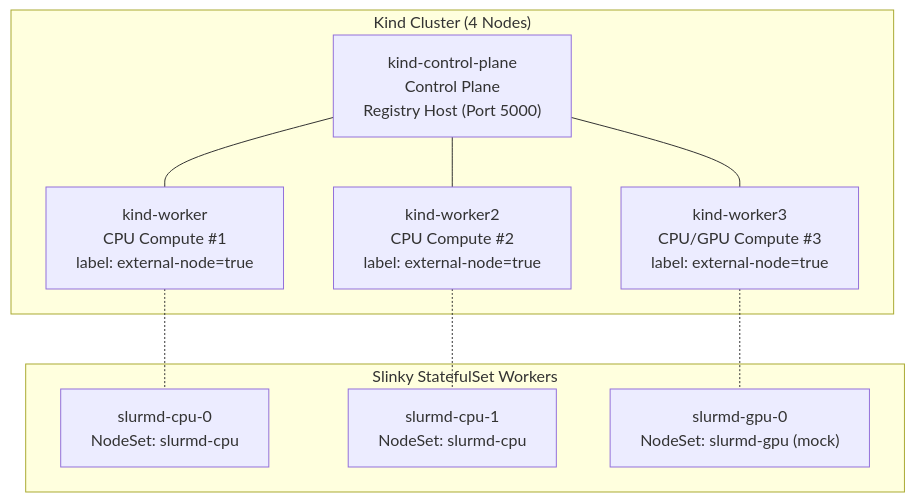
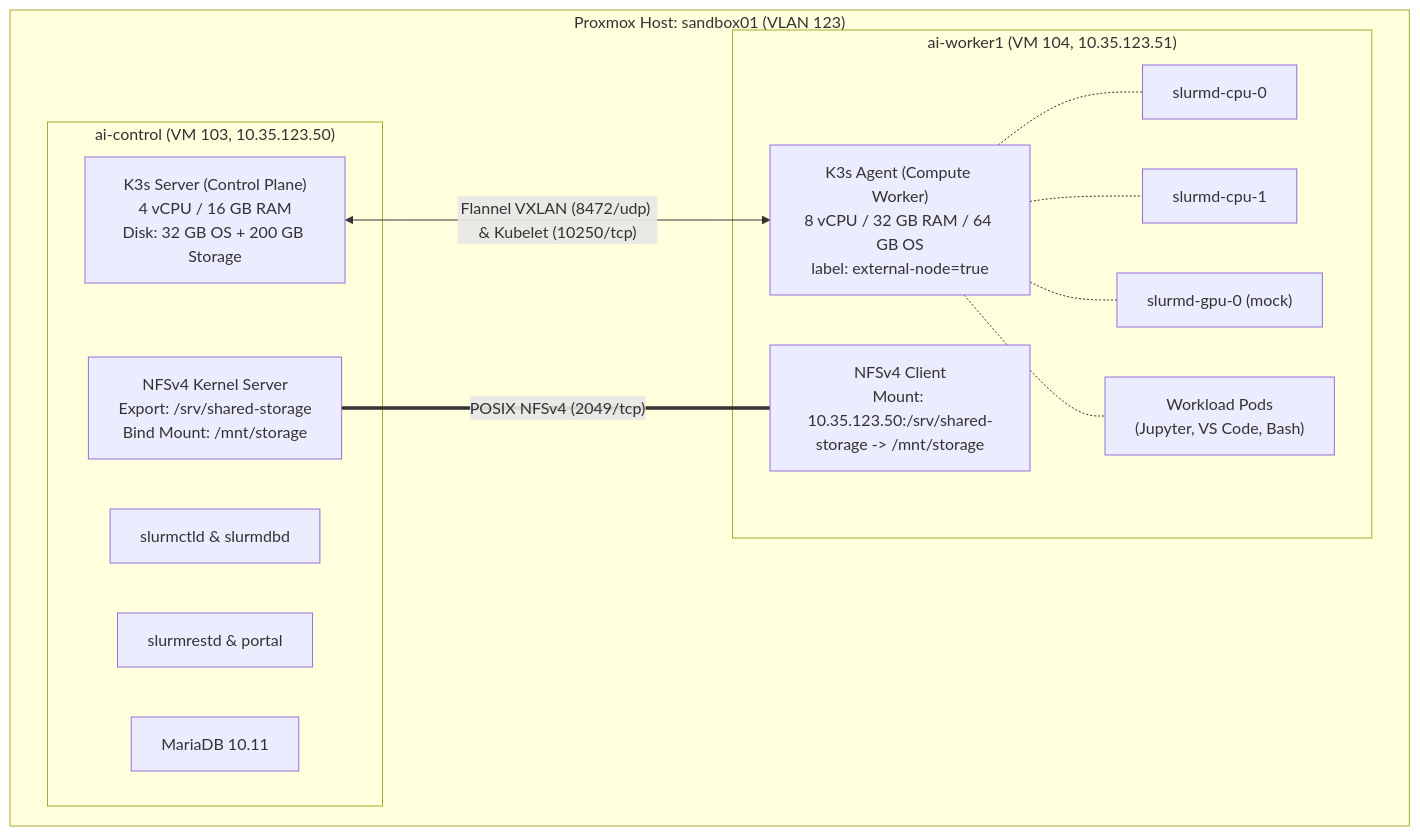
The first of 5 diagrams in docs/BACKEND_DEPLOYMENT_REPORT.md (khemingkapat/ai_sandbox), drawn with Mermaid before and after one commit. The commit also changed other lines of this file, not shown here.

Commit message:
edited backend report to match proxmox version

````diff
--- a/docs/BACKEND_DEPLOYMENT_REPORT.md
+++ b/docs/BACKEND_DEPLOYMENT_REPORT.md
@@ -63,22 +64,28 @@
 ```mermaid
 flowchart TD
-    subgraph "Kind Cluster (4 Nodes)"
-        CP["kind-control-plane<br/>Control Plane<br/>Registry Host (Port 5000)"]
-        W1["kind-worker<br/>CPU Compute #1<br/>label: external-node=true"]
-        W2["kind-worker2<br/>CPU Compute #2<br/>label: external-node=true"]
-        W3["kind-worker3<br/>CPU/GPU Compute #3<br/>label: external-node=true"]
+    subgraph "Proxmox Host: sandbox01 (VLAN 123)"
+        subgraph "ai-control (VM 103, 10.35.123.50)"
+            CP["K3s Server (Control Plane)<br/>4 vCPU / 16 GB RAM<br/>Disk: 32 GB OS + 200 GB Storage"]
+            NFS_S["NFSv4 Kernel Server<br/>Export: /srv/shared-storage<br/>Bind Mount: /mnt/storage"]
+            CTRL["slurmctld & slurmdbd"]
+            REST["slurmrestd & portal"]
+            DB["MariaDB 10.11"]
+        end
+
+        subgraph "ai-worker1 (VM 104, 10.35.123.51)"
+            W1["K3s Agent (Compute Worker)<br/>8 vCPU / 32 GB RAM / 64 GB OS<br/>label: external-node=true"]
+            NFS_C["NFSv4 Client<br/>Mount: 10.35.123.50:/srv/shared-storage -> /mnt/storage"]
+            SC0["slurmd-cpu-0"]
+            SC1["slurmd-cpu-1"]
+            SG0["slurmd-gpu-0 (mock)"]
+            WP["Workload Pods<br/>(Jupyter, VS Code, Bash)"]
+        end
     end
 
-    subgraph "Slinky StatefulSet Workers"
-        SC0["slurmd-cpu-0<br/>NodeSet: slurmd-cpu"]
-        SC1["slurmd-cpu-1<br/>NodeSet: slurmd-cpu"]
-        SG0["slurmd-gpu-0<br/>NodeSet: slurmd-gpu (mock)"]
-    end
-
-    CP --- W1
-    CP --- W2
-    CP --- W3
+    CP <--->|"Flannel VXLAN (8472/udp) & Kubelet (10250/tcp)"| W1
+    NFS_S ===|"POSIX NFSv4 (2049/tcp)"| NFS_C
     W1 -.- SC0
-    W2 -.- SC1
-    W3 -.- SG0
+    W1 -.- SC1
+    W1 -.- SG0
+    W1 -.- WP
 ```
````
